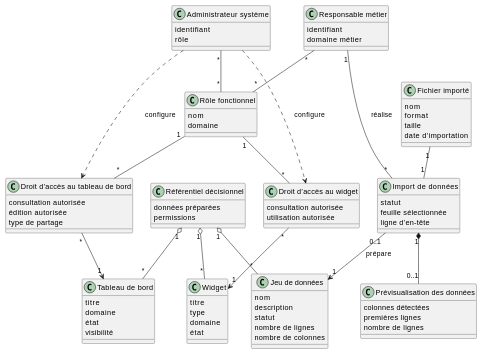
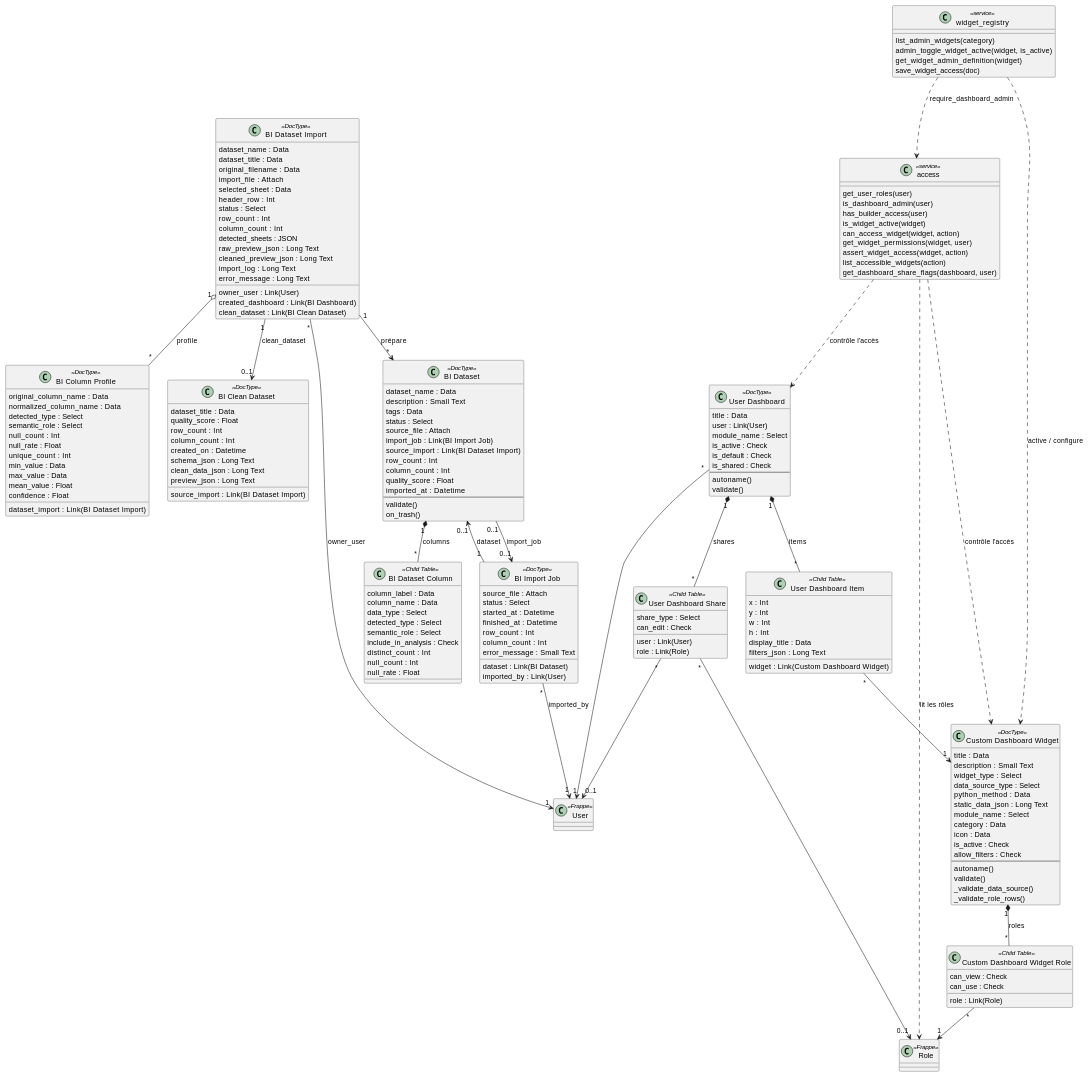
One commit to ybenaoun/custom_dashboard changed the sixth of 20 diagrams in custom_dashboard/docs/analyse_cas_utilisation_par_sprint.md. Above: the diagram before and after it, drawn with PlantUML. The commit also changed other lines of this file and 10 other files, not shown here.

````diff
--- a/custom_dashboard/docs/analyse_cas_utilisation_par_sprint.md
+++ b/custom_dashboard/docs/analyse_cas_utilisation_par_sprint.md
@@ -260,80 +260,189 @@
 ```plantuml
 @startuml
-class "Responsable métier" as Responsable {
-  identifiant
-  domaine métier
-}
-class "Administrateur système" as Admin {
-  identifiant
-  rôle
-}
-class "Rôle fonctionnel" as Role {
-  nom
-  domaine
-}
-class "Fichier importé" as Fichier {
-  nom
-  format
-  taille
-  date d’importation
-}
-class "Import de données" as Import {
-  statut
-  feuille sélectionnée
-  ligne d’en-tête
-}
-class "Prévisualisation des données" as Apercu {
-  colonnes détectées
-  premières lignes
-  nombre de lignes
-}
-class "Jeu de données" as Jeu {
-  nom
-  description
-  statut
-  nombre de lignes
-  nombre de colonnes
-}
-class "Widget" as Widget {
-  titre
-  type
-  domaine
-  état
-}
-class "Tableau de bord" as Tableau {
-  titre
-  domaine
-  état
-  visibilité
-}
-class "Droit d’accès au widget" as DWidget {
-  consultation autorisée
-  utilisation autorisée
-}
-class "Droit d’accès au tableau de bord" as DTableau {
-  consultation autorisée
-  édition autorisée
-  type de partage
-}
-class "Référentiel décisionnel" as Referentiel {
-  données préparées
-  permissions
+class "BI Dataset Import" as DatasetImport <<DocType>> {
+  dataset_name : Data
+  dataset_title : Data
+  original_filename : Data
+  import_file : Attach
+  owner_user : Link(User)
+  selected_sheet : Data
+  header_row : Int
+  status : Select
+  row_count : Int
+  column_count : Int
+  detected_sheets : JSON
+  raw_preview_json : Long Text
+  cleaned_preview_json : Long Text
+  created_dashboard : Link(BI Dashboard)
+  clean_dataset : Link(BI Clean Dataset)
+  import_log : Long Text
+  error_message : Long Text
 }
 
-Responsable "*" -- "*" Role
-Admin "*" -- "*" Role
-Responsable "1" -- "*" Import : réalise
-Fichier "1" -- "1" Import
-Import "1" *-- "0..1" Apercu
-Import "0..1" --> "1" Jeu : prépare
-Referentiel "1" o-- "*" Jeu
-Referentiel "1" o-- "*" Widget
-Referentiel "1" o-- "*" Tableau
-Role "1" -- "*" DWidget
-DWidget "*" --> "1" Widget
-Role "1" -- "*" DTableau
-DTableau "*" --> "1" Tableau
-Admin ..> DWidget : configure
-Admin ..> DTableau : configure
+class "BI Import Job" as ImportJob <<DocType>> {
+  dataset : Link(BI Dataset)
+  source_file : Attach
+  imported_by : Link(User)
+  status : Select
+  started_at : Datetime
+  finished_at : Datetime
+  row_count : Int
+  column_count : Int
+  error_message : Small Text
+}
+
+class "BI Column Profile" as ColumnProfile <<DocType>> {
+  dataset_import : Link(BI Dataset Import)
+  original_column_name : Data
+  normalized_column_name : Data
+  detected_type : Select
+  semantic_role : Select
+  null_count : Int
+  null_rate : Float
+  unique_count : Int
+  min_value : Data
+  max_value : Data
+  mean_value : Float
+  confidence : Float
+}
+
+class "BI Clean Dataset" as CleanDataset <<DocType>> {
+  dataset_title : Data
+  source_import : Link(BI Dataset Import)
+  quality_score : Float
+  row_count : Int
+  column_count : Int
+  created_on : Datetime
+  schema_json : Long Text
+  clean_data_json : Long Text
+  preview_json : Long Text
+}
+
+class "BI Dataset" as Dataset <<DocType>> {
+  dataset_name : Data
+  description : Small Text
+  tags : Data
+  status : Select
+  source_file : Attach
+  import_job : Link(BI Import Job)
+  source_import : Link(BI Dataset Import)
+  row_count : Int
+  column_count : Int
+  quality_score : Float
+  imported_at : Datetime
+  --
+  validate()
+  on_trash()
+}
+
+class "BI Dataset Column" as DatasetColumn <<Child Table>> {
+  column_label : Data
+  column_name : Data
+  data_type : Select
+  detected_type : Select
+  semantic_role : Select
+  include_in_analysis : Check
+  distinct_count : Int
+  null_count : Int
+  null_rate : Float
+}
+
+class "Custom Dashboard Widget" as Widget <<DocType>> {
+  title : Data
+  description : Small Text
+  widget_type : Select
+  data_source_type : Select
+  python_method : Data
+  static_data_json : Long Text
+  module_name : Select
+  category : Data
+  icon : Data
+  is_active : Check
+  allow_filters : Check
+  --
+  autoname()
+  validate()
+  _validate_data_source()
+  _validate_role_rows()
+}
+
+class "Custom Dashboard Widget Role" as WidgetRole <<Child Table>> {
+  role : Link(Role)
+  can_view : Check
+  can_use : Check
+}
+
+class "User Dashboard" as UserDashboard <<DocType>> {
+  title : Data
+  user : Link(User)
+  module_name : Select
+  is_active : Check
+  is_default : Check
+  is_shared : Check
+  --
+  autoname()
+  validate()
+}
+
+class "User Dashboard Item" as DashboardItem <<Child Table>> {
+  widget : Link(Custom Dashboard Widget)
+  x : Int
+  y : Int
+  w : Int
+  h : Int
+  display_title : Data
+  filters_json : Long Text
+}
+
+class "User Dashboard Share" as DashboardShare <<Child Table>> {
+  share_type : Select
+  user : Link(User)
+  role : Link(Role)
+  can_edit : Check
+}
+
+class "access" as Access <<service>> {
+  get_user_roles(user)
+  is_dashboard_admin(user)
+  has_builder_access(user)
+  is_widget_active(widget)
+  can_access_widget(widget, action)
+  get_widget_permissions(widget, user)
+  assert_widget_access(widget, action)
+  list_accessible_widgets(action)
+  get_dashboard_share_flags(dashboard, user)
+}
+
+class "widget_registry" as WidgetRegistry <<service>> {
+  list_admin_widgets(category)
+  admin_toggle_widget_active(widget, is_active)
+  get_widget_admin_definition(widget)
+  save_widget_access(doc)
+}
+
+class "User" as User <<Frappe>>
+class "Role" as Role <<Frappe>>
+
+DatasetImport "*" --> "1" User : owner_user
+DatasetImport "1" o-- "*" ColumnProfile : profile
+DatasetImport "1" --> "0..1" CleanDataset : clean_dataset
+DatasetImport "1" --> "*" Dataset : prépare
+ImportJob "*" --> "1" User : imported_by
+ImportJob "1" --> "0..1" Dataset : dataset
+Dataset "0..1" --> "0..1" ImportJob : import_job
+Dataset "1" *-- "*" DatasetColumn : columns
+Widget "1" *-- "*" WidgetRole : roles
+WidgetRole "*" --> "1" Role
+UserDashboard "*" --> "1" User
+UserDashboard "1" *-- "*" DashboardItem : items
+UserDashboard "1" *-- "*" DashboardShare : shares
+DashboardItem "*" --> "1" Widget
+DashboardShare "*" --> "0..1" User
+DashboardShare "*" --> "0..1" Role
+Access ..> Widget : contrôle l'accès
+Access ..> UserDashboard : contrôle l'accès
+Access ..> Role : lit les rôles
+WidgetRegistry ..> Widget : active / configure
+WidgetRegistry ..> Access : require_dashboard_admin
 @enduml
 ```
````
